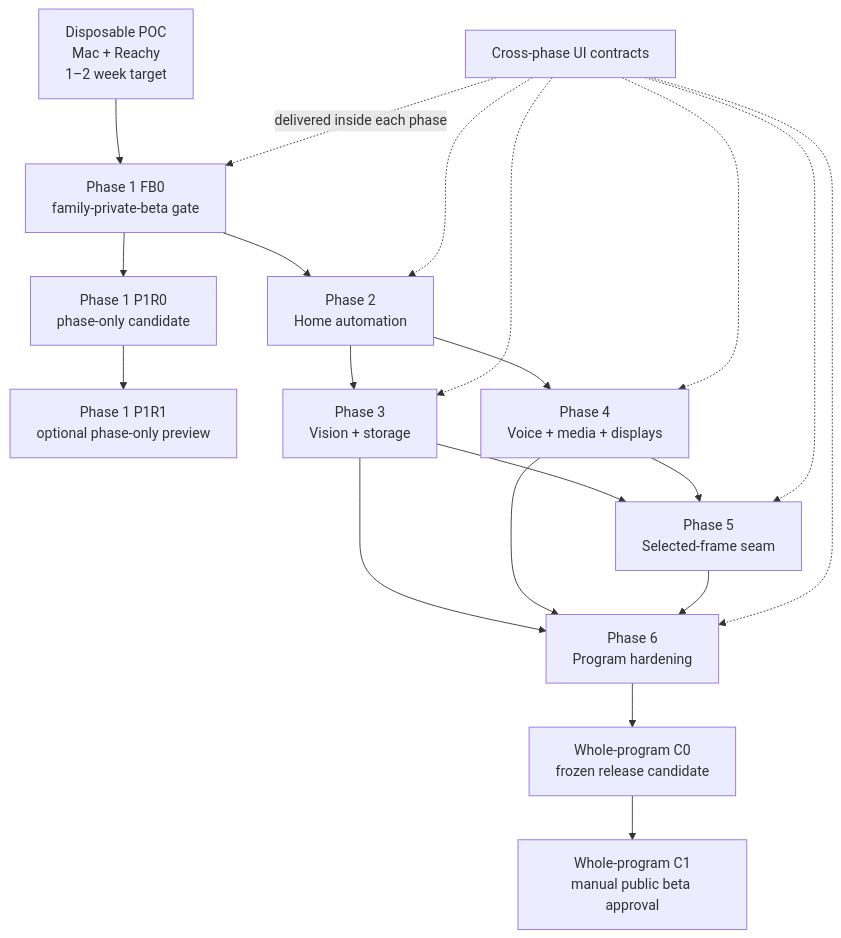
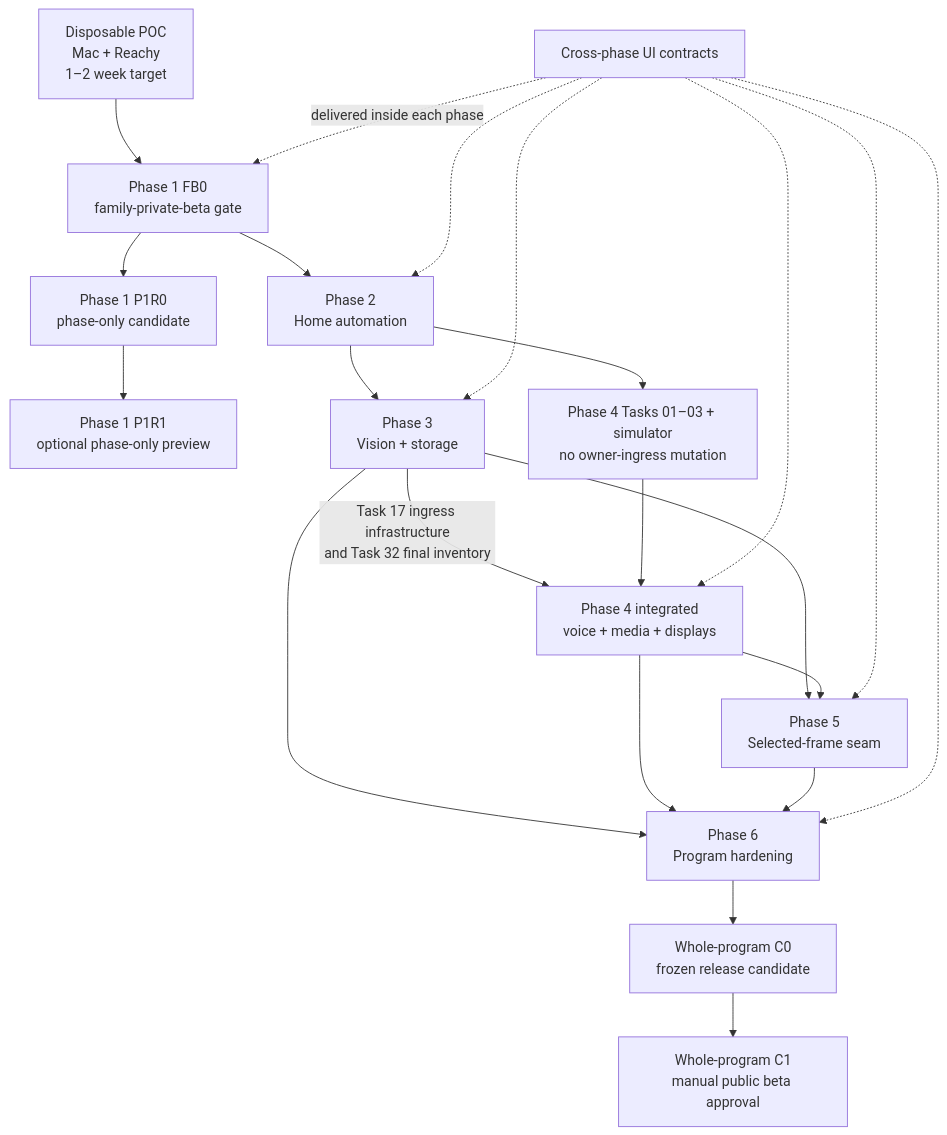
Before and after one commit to infosecbot1/TunTun: the diagram in docs/superpowers/plans/2026-08-27-tuntun-six-phase-master-roadmap.md, drawn with Mermaid. The commit also changed other lines of this file and 24 other files, not shown here.

````diff
--- a/docs/superpowers/plans/2026-08-27-tuntun-six-phase-master-roadmap.md
+++ b/docs/superpowers/plans/2026-08-27-tuntun-six-phase-master-roadmap.md
@@ -66,23 +66,25 @@
 ```mermaid
 flowchart TD
   POC[Disposable POC\nMac + Reachy\n1–2 week target] --> FB0[Phase 1 FB0\nfamily-private-beta gate]
   FB0 --> P1R0[Phase 1 P1R0\nphase-only candidate]
   P1R0 --> P1R1[Phase 1 P1R1\noptional phase-only preview]
   FB0 --> P2[Phase 2\nHome automation]
   P2 --> P3[Phase 3\nVision + storage]
-  P2 --> P4[Phase 4\nVoice + media + displays]
+  P2 --> P4E[Phase 4 Tasks 01–03 + simulator\nno owner-ingress mutation]
+  P3 -->|Task 17 ingress infrastructure\nand Task 32 final inventory| P4[Phase 4 integrated\nvoice + media + displays]
+  P4E --> P4
   P3 --> P5[Phase 5\nSelected-frame seam]
   P4 --> P5
   P3 --> P6[Phase 6\nProgram hardening]
   P4 --> P6
   P5 --> P6
   P6 --> C0[Whole-program C0\nfrozen release candidate]
   C0 --> C1[Whole-program C1\nmanual public beta approval]
 
   UI[Cross-phase UI contracts] -. delivered inside each phase .-> FB0
   UI -.-> P2
   UI -.-> P3
   UI -.-> P4
   UI -.-> P5
   UI -.-> P6
 ```
````
